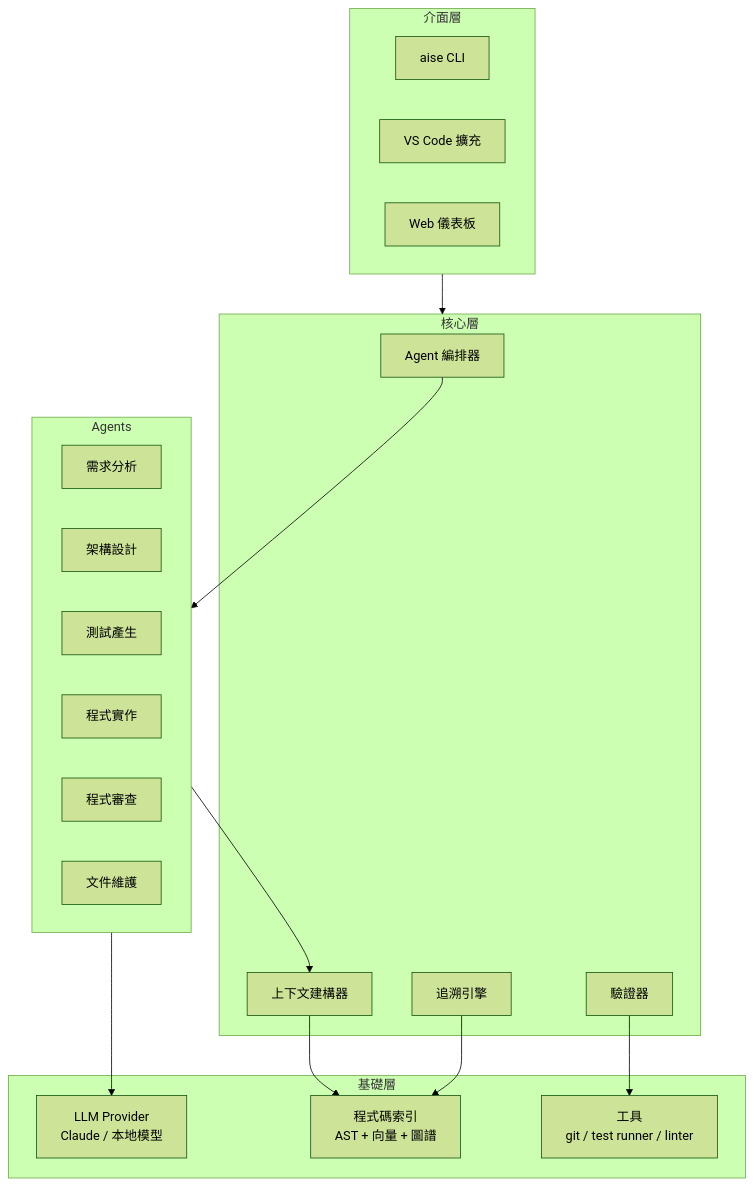
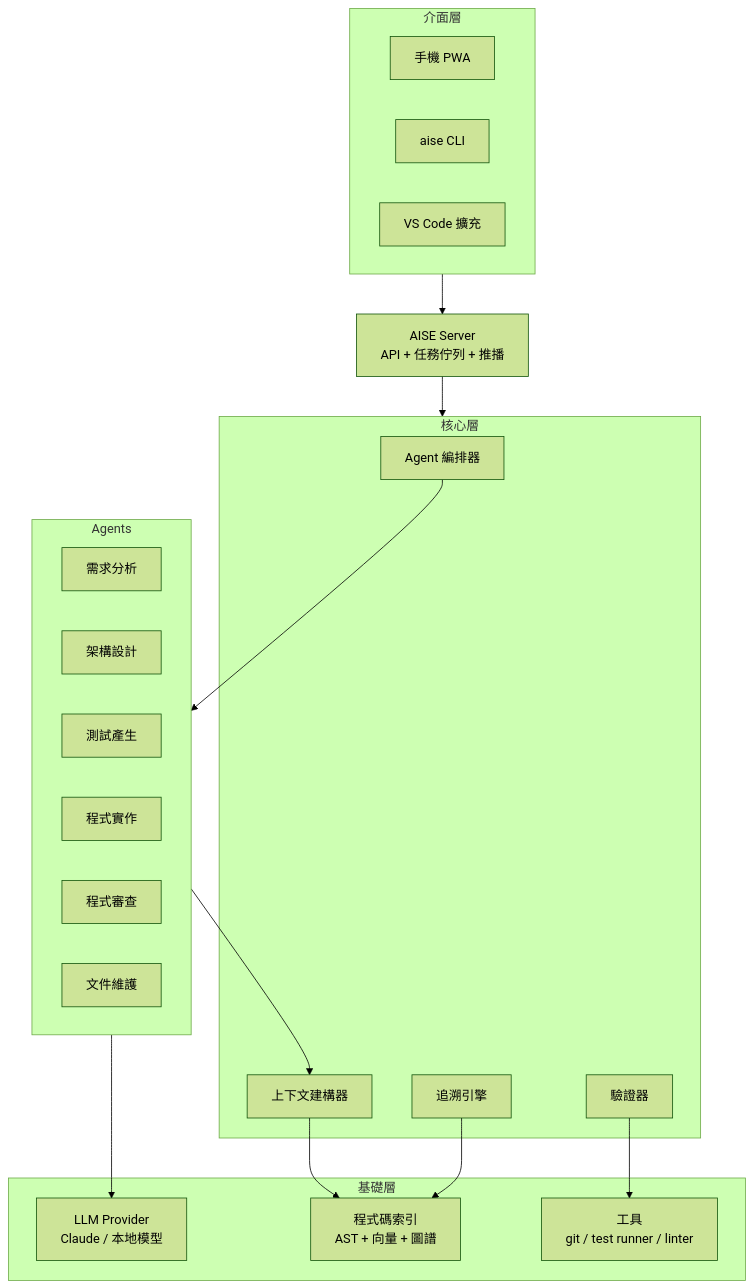
One commit to ccc-claude-opus/aise changed the second of 3 diagrams in doc/plan.md. Above: the diagram before and after it, drawn with Mermaid (forest theme). The commit also changed other lines of this file and 2 other files, not shown here.

````diff
--- a/doc/plan.md
+++ b/doc/plan.md
@@ -49,38 +50,41 @@
 ```mermaid
 flowchart TB
     subgraph UI[介面層]
+        PWA[手機 PWA]
         CLI[aise CLI]
         VSC[VS Code 擴充]
-        WEB[Web 儀表板]
     end
+
+    SRV[AISE Server<br/>API + 任務佇列 + 推播]
 
     subgraph CORE[核心層]
         ORCH[Agent 編排器]
         TRACE[追溯引擎]
         CTX[上下文建構器]
         VERIFY[驗證器]
     end
 
     subgraph AGENTS[Agents]
         A1[需求分析]
         A2[架構設計]
         A3[測試產生]
         A4[程式實作]
         A5[程式審查]
         A6[文件維護]
     end
 
     subgraph INFRA[基礎層]
         LLM[LLM Provider<br/>Claude / 本地模型]
         IDX[程式碼索引<br/>AST + 向量 + 圖譜]
         TOOLS[工具<br/>git / test runner / linter]
     end
 
-    UI --> CORE
+    UI --> SRV
+    SRV --> CORE
     ORCH --> AGENTS
     AGENTS --> CTX
     CTX --> IDX
     AGENTS --> LLM
     VERIFY --> TOOLS
     TRACE --> IDX
 ```
````
